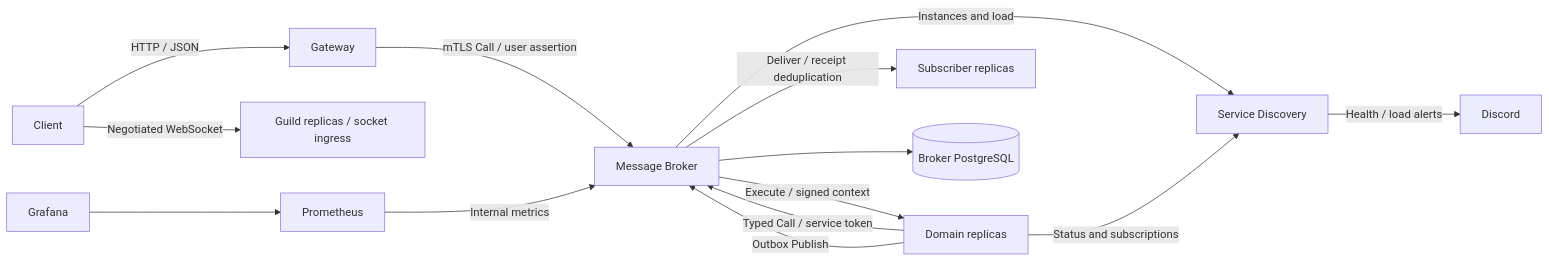
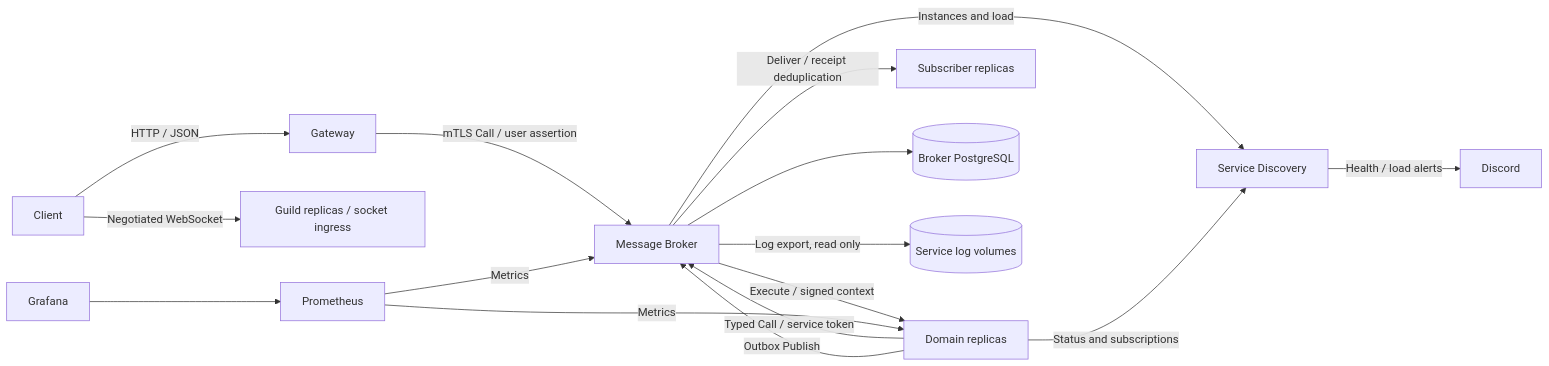
The diagram in README.md (PAD-TEAM-9-2026/tamagotchi-go), drawn with Mermaid before and after one commit. The commit also changed other lines of this file and 4 other files, not shown here.

````diff
--- a/README.md
+++ b/README.md
@@ -112,16 +111,18 @@
 ```mermaid
 flowchart LR
     Client[Client] -->|HTTP / JSON| Gateway
     Gateway -->|mTLS Call / user assertion| Broker[Message Broker]
     Broker -->|Execute / signed context| Services[Domain replicas]
     Services -->|Typed Call / service token| Broker
     Services -->|Outbox Publish| Broker
     Broker -->|Deliver / receipt deduplication| Subscribers[Subscriber replicas]
     Broker --> BrokerDB[(Broker PostgreSQL)]
     Broker -->|Instances and load| Discovery[Service Discovery]
     Services -->|Status and subscriptions| Discovery
     Discovery -->|Health / load alerts| Discord
     Client -->|Negotiated WebSocket| Guild[Guild replicas / socket ingress]
-    Prometheus -->|Internal metrics| Broker
+    Prometheus -->|Metrics| Broker
+    Prometheus -->|Metrics| Services
+    Broker -->|Log export, read only| Logs[(Service log volumes)]
     Grafana --> Prometheus
 ```
````
